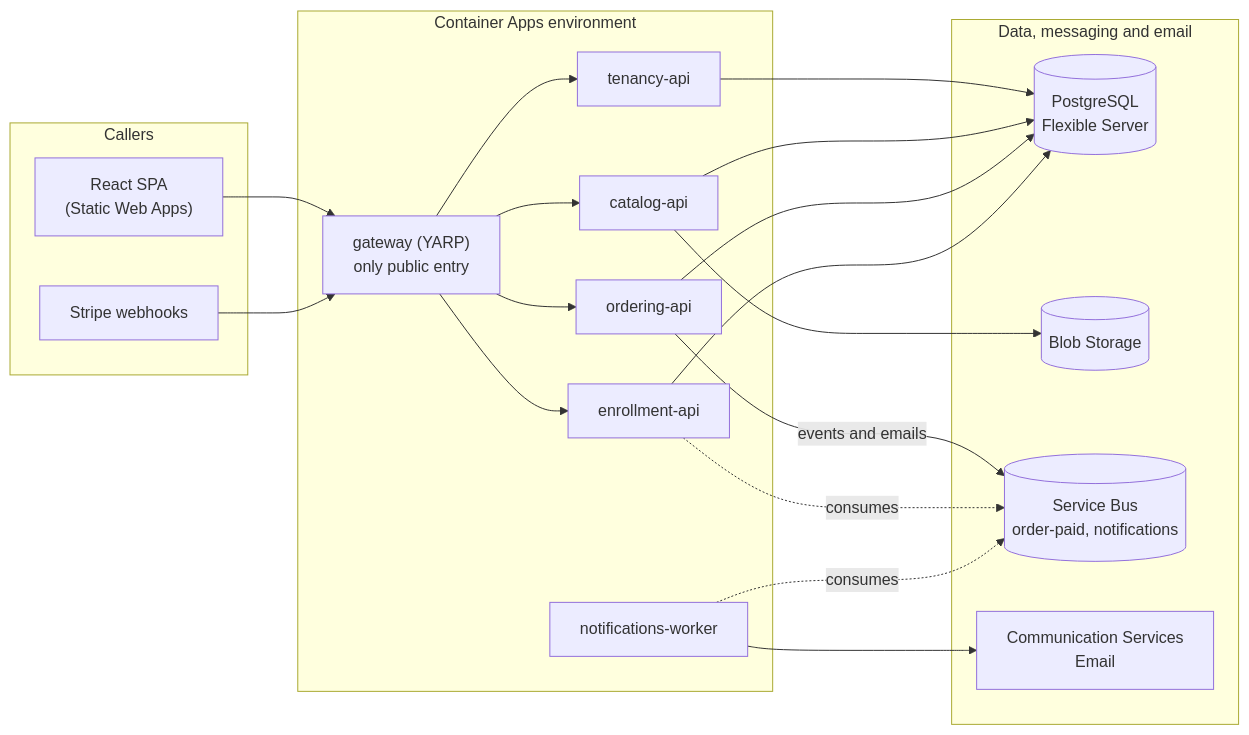
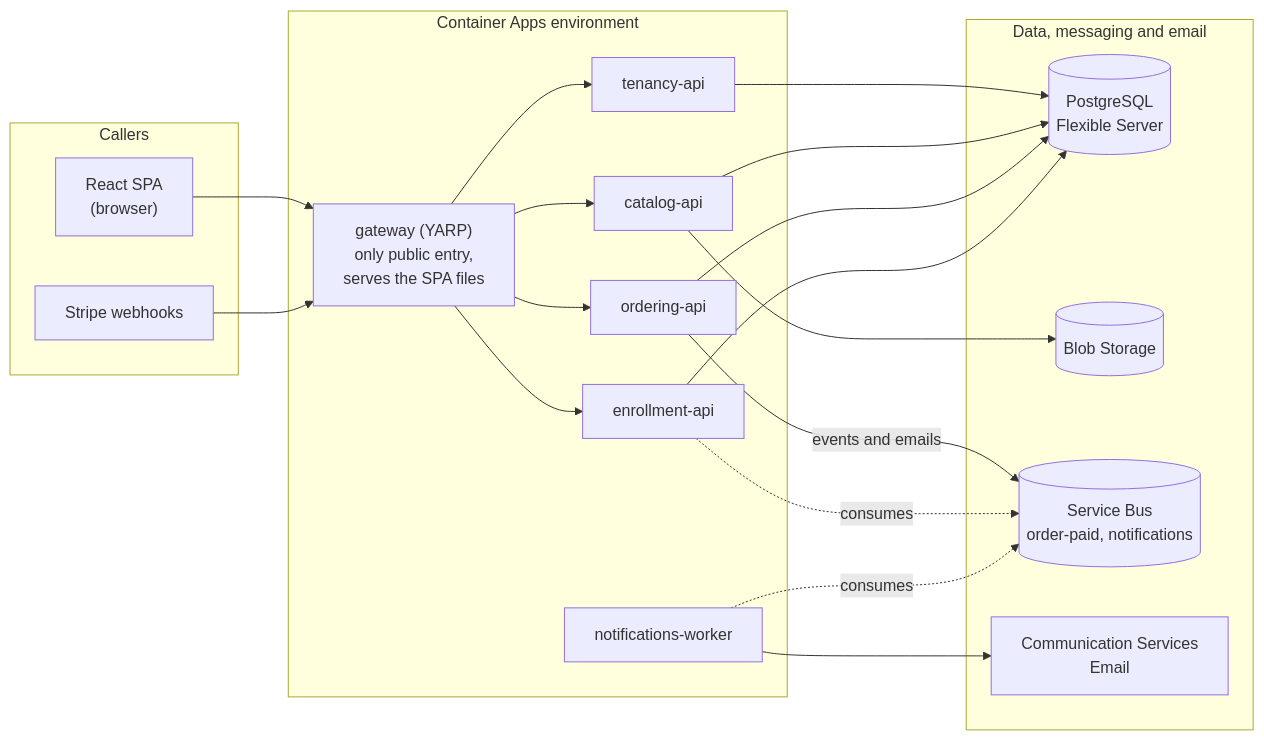
Before and after one commit to akazopidis/athlos: the diagram in docs/diagrams/02-architecture-overview.mmd, drawn with Mermaid. The commit also changed 5 other files, not shown here.

First line of the commit message:
docs: move to Italy North and serve the SPA from the gateway (#1)

```diff
--- a/docs/diagrams/02-architecture-overview.mmd
+++ b/docs/diagrams/02-architecture-overview.mmd
@@ -1,37 +1,37 @@
 flowchart LR
   subgraph CLIENTS["Callers"]
-    SPA["React SPA<br/>(Static Web Apps)"]
+    SPA["React SPA<br/>(browser)"]
     STRIPE["Stripe webhooks"]
   end
 
   subgraph ACA["Container Apps environment"]
-    GW["gateway (YARP)<br/>only public entry"]
+    GW["gateway (YARP)<br/>only public entry,<br/>serves the SPA files"]
     TEN["tenancy-api"]
     CAT["catalog-api"]
     ORD["ordering-api"]
     ENR["enrollment-api"]
     NOT["notifications-worker"]
   end
 
   subgraph DATA["Data, messaging and email"]
     PG[("PostgreSQL<br/>Flexible Server")]
     BLOB[("Blob Storage")]
     SB[("Service Bus<br/>order-paid, notifications")]
     ACS["Communication Services<br/>Email"]
   end
 
   SPA --> GW
   STRIPE --> GW
   GW --> TEN
   GW --> CAT
   GW --> ORD
   GW --> ENR
   TEN --> PG
   CAT --> PG
   CAT --> BLOB
   ORD --> PG
   ORD -->|events and emails| SB
   ENR --> PG
   ENR -.->|consumes| SB
   NOT -.->|consumes| SB
   NOT --> ACS
```
